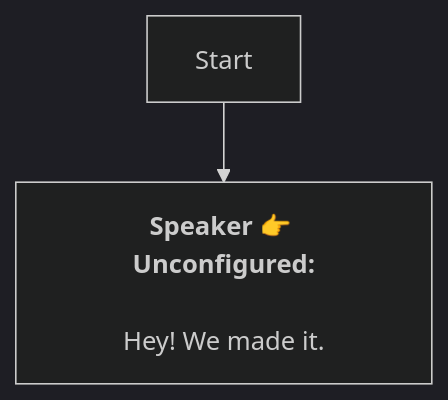
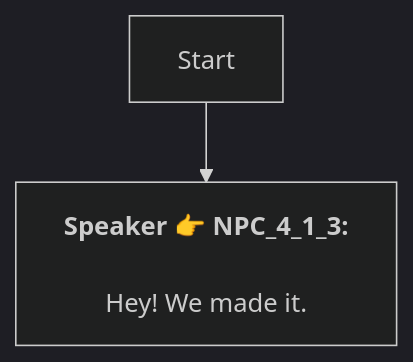
One commit to SoftHu/tos_avg changed the diagram in En/QuestApproachDialogNode_1741457553974527.md. Above: the diagram before and after it, drawn with Mermaid (dark theme). The commit also changed 737 other files, not shown here.

````diff
--- a/En/QuestApproachDialogNode_1741457553974527.md
+++ b/En/QuestApproachDialogNode_1741457553974527.md
@@ -1,7 +1,6 @@
 ```mermaid
 graph
-Start -->1741457612841218[<b>Speaker 👉 Unconfigured:</b>
+Start -->1741457612841218[<b>Speaker 👉 NPC_4_1_3:</b>
+\nHey! We made it.]
 
-Hey! We made it.]
-
- ```
+```
````
